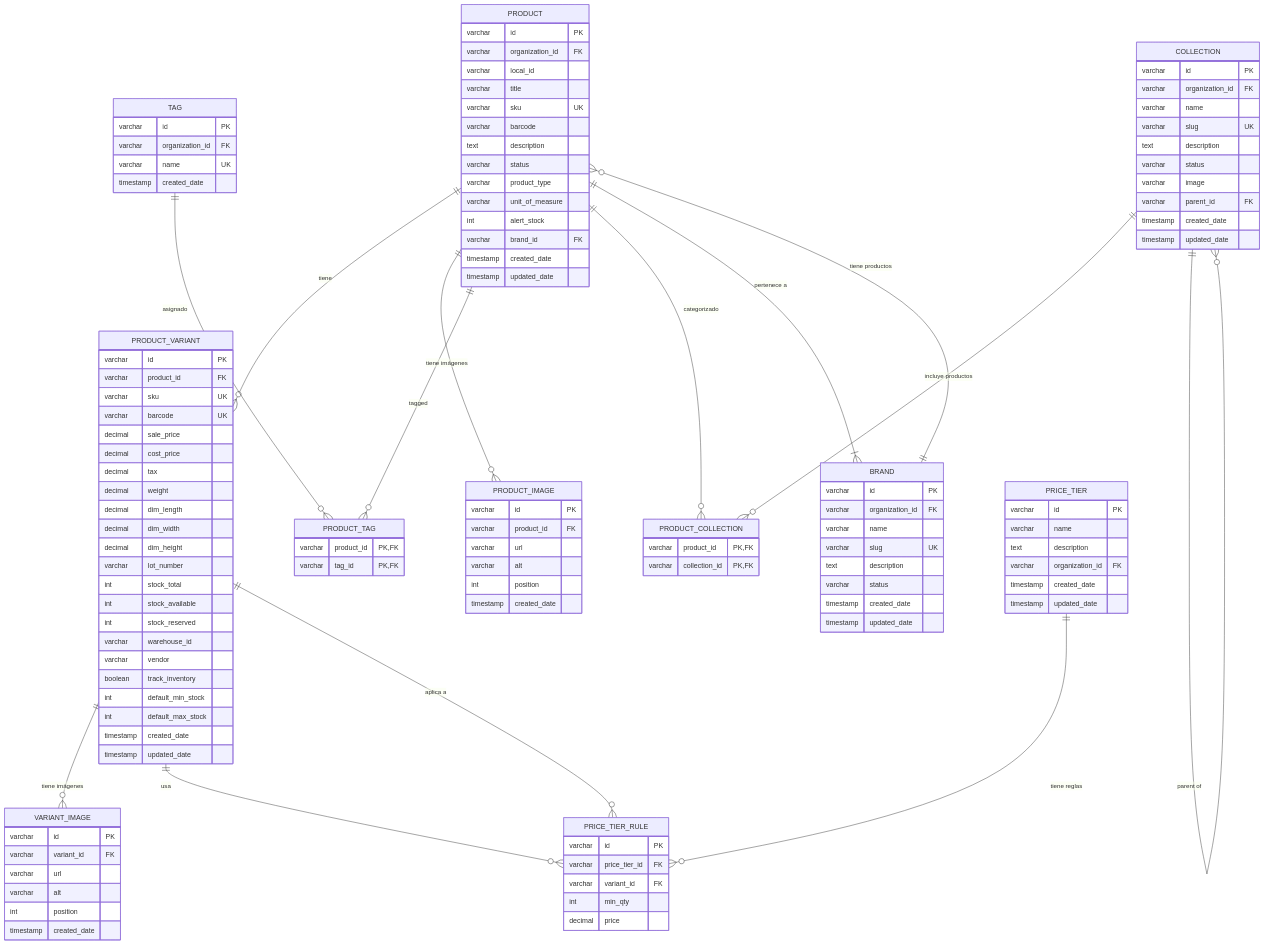
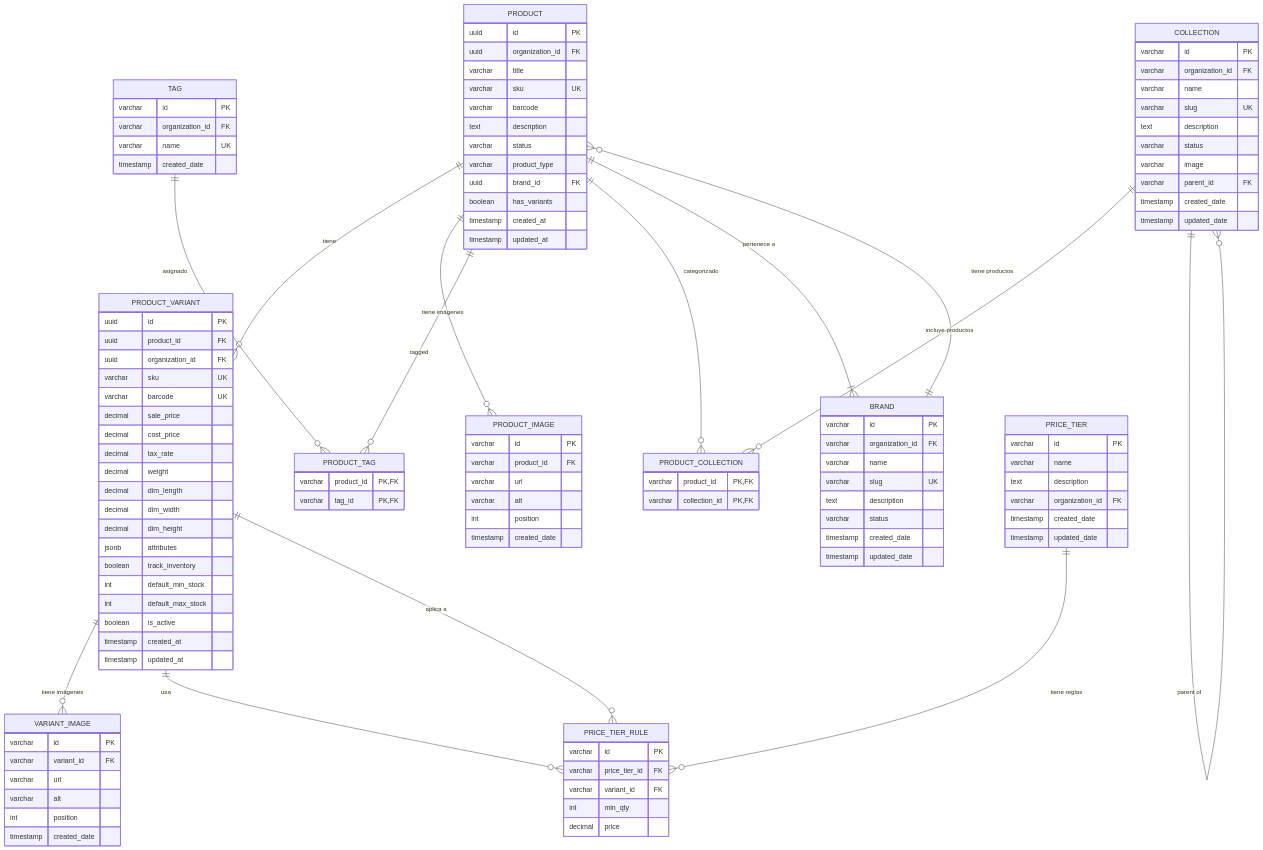
One commit to captainsparrow10/zenlogic changed the diagram in documentacion/docs/02-microservicios/catalog-service/03-modelo-datos.md. Above: the diagram before and after it, drawn with Mermaid. The commit also changed other lines of this file and 48 other files, not shown here.

```diff
--- a/documentacion/docs/02-microservicios/catalog-service/03-modelo-datos.md
+++ b/documentacion/docs/02-microservicios/catalog-service/03-modelo-datos.md
@@ -30,20 +30,18 @@
     PRICE_TIER_RULE }o--|| PRODUCT_VARIANT : "aplica a"
 
     PRODUCT {
-        varchar id PK
-        varchar organization_id FK
-        varchar local_id
+        uuid id PK
+        uuid organization_id FK
         varchar title
         varchar sku UK
         varchar barcode
         text description
         varchar status
         varchar product_type
-        varchar unit_of_measure
-        int alert_stock
-        varchar brand_id FK
-        timestamp created_date
-        timestamp updated_date
+        uuid brand_id FK
+        boolean has_variants
+        timestamp created_at
+        timestamp updated_at
     }
 
     BRAND {
@@ -97,28 +95,25 @@
     }
 
     PRODUCT_VARIANT {
-        varchar id PK
-        varchar product_id FK
+        uuid id PK
+        uuid product_id FK
+        uuid organization_id FK
         varchar sku UK
         varchar barcode UK
         decimal sale_price
         decimal cost_price
-        decimal tax
+        decimal tax_rate
         decimal weight
         decimal dim_length
         decimal dim_width
         decimal dim_height
-        varchar lot_number
-        int stock_total
-        int stock_available
-        int stock_reserved
-        varchar warehouse_id
-        varchar vendor
+        jsonb attributes
         boolean track_inventory
         int default_min_stock
         int default_max_stock
-        timestamp created_date
-        timestamp updated_date
+        boolean is_active
+        timestamp created_at
+        timestamp updated_at
     }
 
     VARIANT_IMAGE {
```
